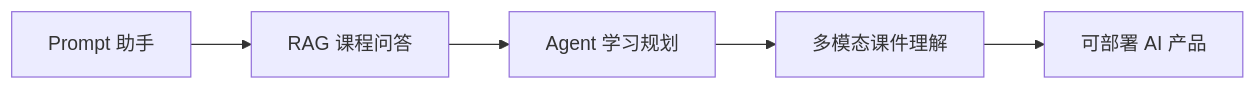
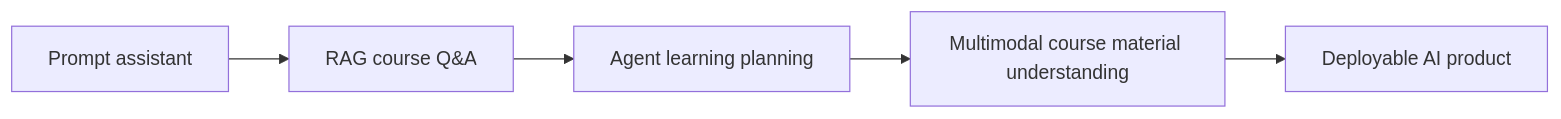
The third of 3 diagrams in docs/intro/ai-learning-assistant-project.md (oudbiao/AI-fullstack-course), drawn with Mermaid before and after one commit. The commit also changed other lines of this file and 1406 other files, not shown here.

````diff
--- a/docs/intro/ai-learning-assistant-project.md
+++ b/docs/intro/ai-learning-assistant-project.md
@@ -49,7 +49,7 @@
 ```mermaid
 flowchart LR
-  E[Prompt 助手] --> F[RAG 课程问答]
-  F --> G[Agent 学习规划]
-  G --> H[多模态课件理解]
-  H --> I[可部署 AI 产品]
+  E[Prompt assistant] --> F[RAG course Q&A]
+  F --> G[Agent learning planning]
+  G --> H[Multimodal course material understanding]
+  H --> I[Deployable AI product]
 ```
````
